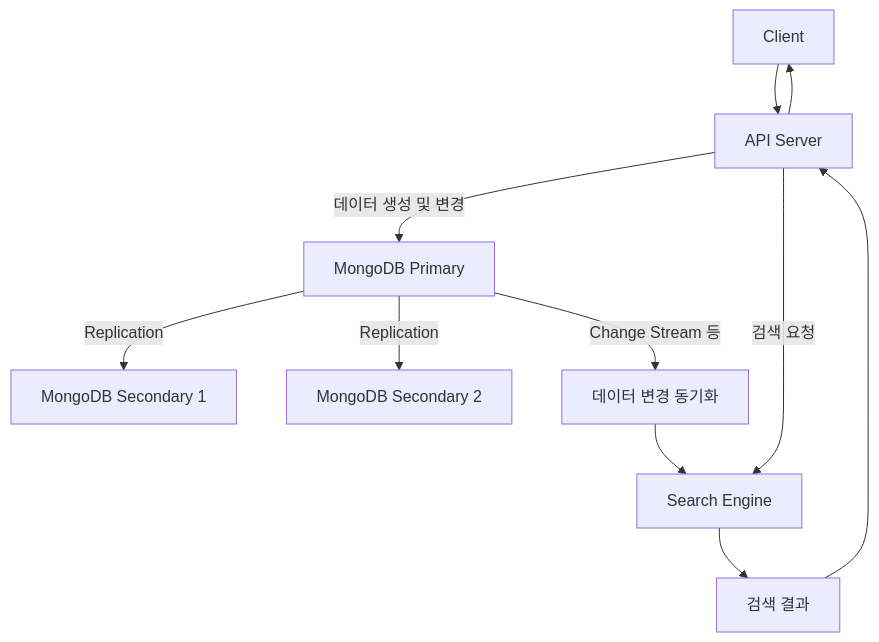
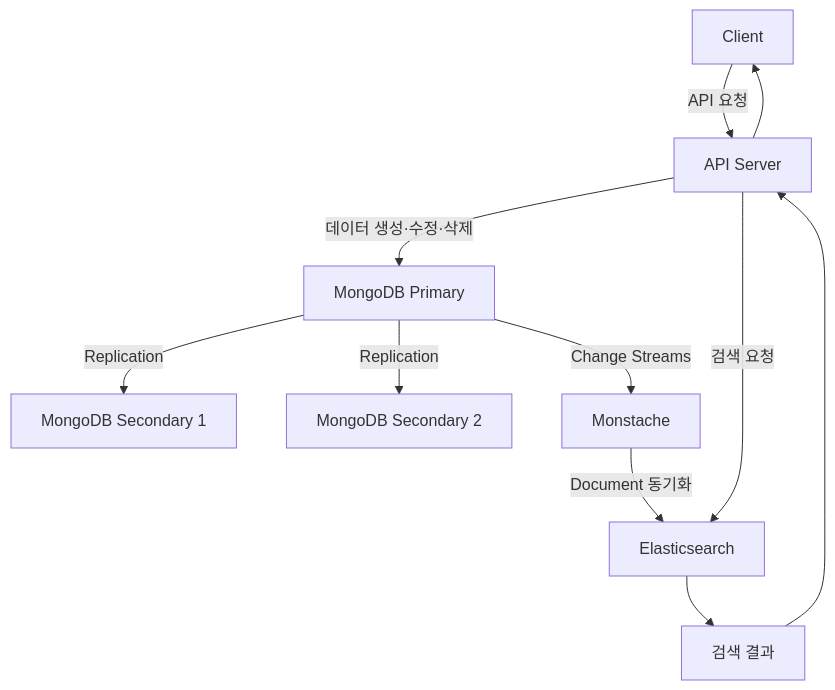
The first of 12 diagrams in _posts/study/smart-learning-ent/nosql-mongodb-easy-for-anyone-to-learn/2026-11-12-text-search-and-utilizing-indexes.md (ysiksik/ysiksik.github.io), drawn with Mermaid before and after one commit. The commit also changed other lines of this file, not shown here.

````diff
--- a/_posts/study/smart-learning-ent/nosql-mongodb-easy-for-anyone-to-learn/2026-11-12-text-search-and-utilizing-indexes.md
+++ b/_posts/study/smart-learning-ent/nosql-mongodb-easy-for-anyone-to-learn/2026-11-12-text-search-and-utilizing-indexes.md
@@ -253,30 +146,31 @@
 ```mermaid
 flowchart TD
     A["Client"]
     B["API Server"]
+
     C["MongoDB Primary"]
     D["MongoDB Secondary 1"]
     E["MongoDB Secondary 2"]
-    F["데이터 변경 동기화"]
-    G["Search Engine"]
+
+    F["Monstache"]
+    G["Elasticsearch"]
     H["검색 결과"]
 
-    A --> B
+    A -->|"API 요청"| B
 
-    B -->|"데이터 생성 및 변경"| C
+    B -->|"데이터 생성·수정·삭제"| C
 
     C -->|"Replication"| D
     C -->|"Replication"| E
 
-    C -->|"Change Stream 등"| F
+    C -->|"Change Streams"| F
 
-    F --> G
+    F -->|"Document 동기화"| G
 
     B -->|"검색 요청"| G
 
     G --> H
-
     H --> B
 
     B --> A
 ```
````
